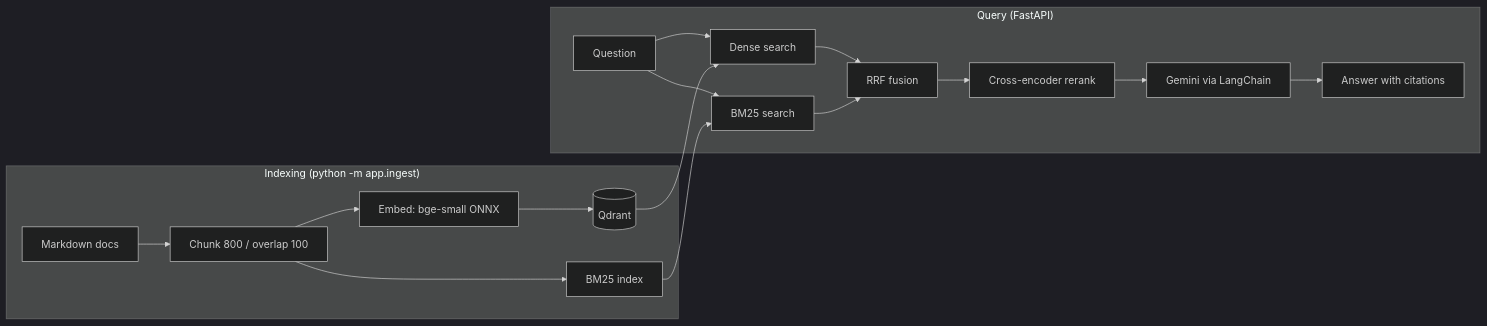
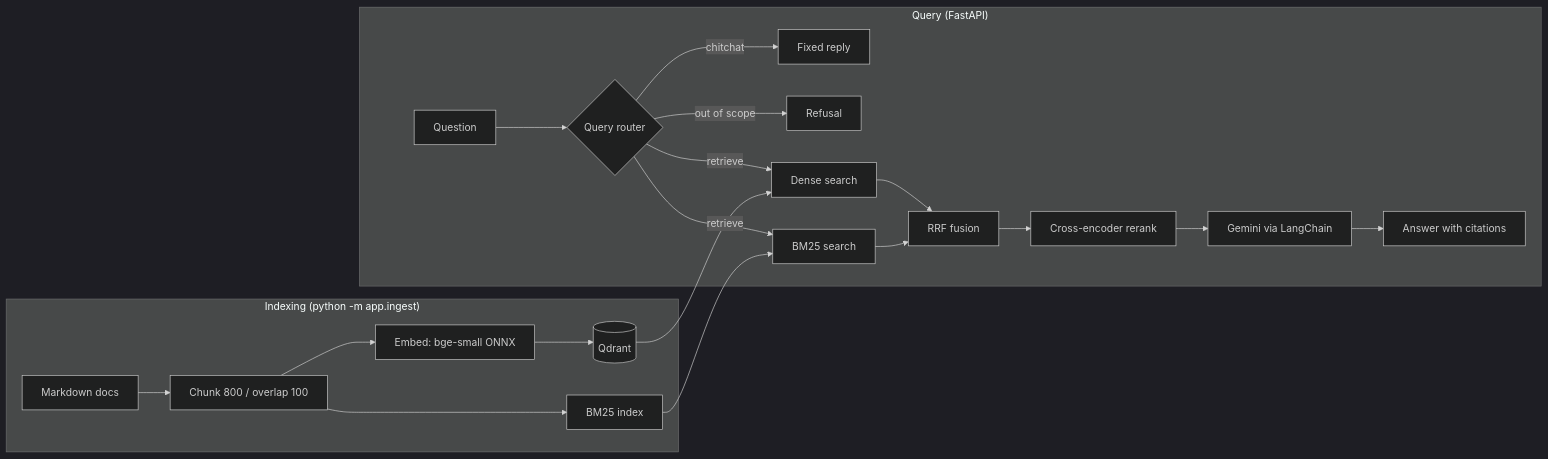
Before and after one commit to rohanpatil018/FastAPI-Docs-Assistant: the diagram in README.md, drawn with Mermaid (dark theme). The commit also changed other lines of this file and 7 other files, not shown here.

Commit message:
Add query router and document it in README

````diff
--- a/README.md
+++ b/README.md
@@ -30,20 +30,29 @@
 ```mermaid
 flowchart LR
     subgraph Offline["Indexing (python -m app.ingest)"]
         D[Markdown docs] --> C[Chunk 800 / overlap 100]
         C --> E[Embed: bge-small ONNX]
         E --> Q[(Qdrant)]
         C --> B[BM25 index]
     end
+
     subgraph Online["Query (FastAPI)"]
-        U[Question] --> DN[Dense search]
-        U --> SP[BM25 search]
+        U[Question] --> RT{Query router}
+
+        RT -->|chitchat| CH[Fixed reply]
+        RT -->|out of scope| OS[Refusal]
+
+        RT -->|retrieve| DN[Dense search]
+        RT -->|retrieve| SP[BM25 search]
+
         DN --> R[RRF fusion]
         SP --> R
+
         R --> X[Cross-encoder rerank]
         X --> G[Gemini via LangChain]
         G --> A[Answer with citations]
     end
+
     Q --> DN
     B --> SP
 ```
````
